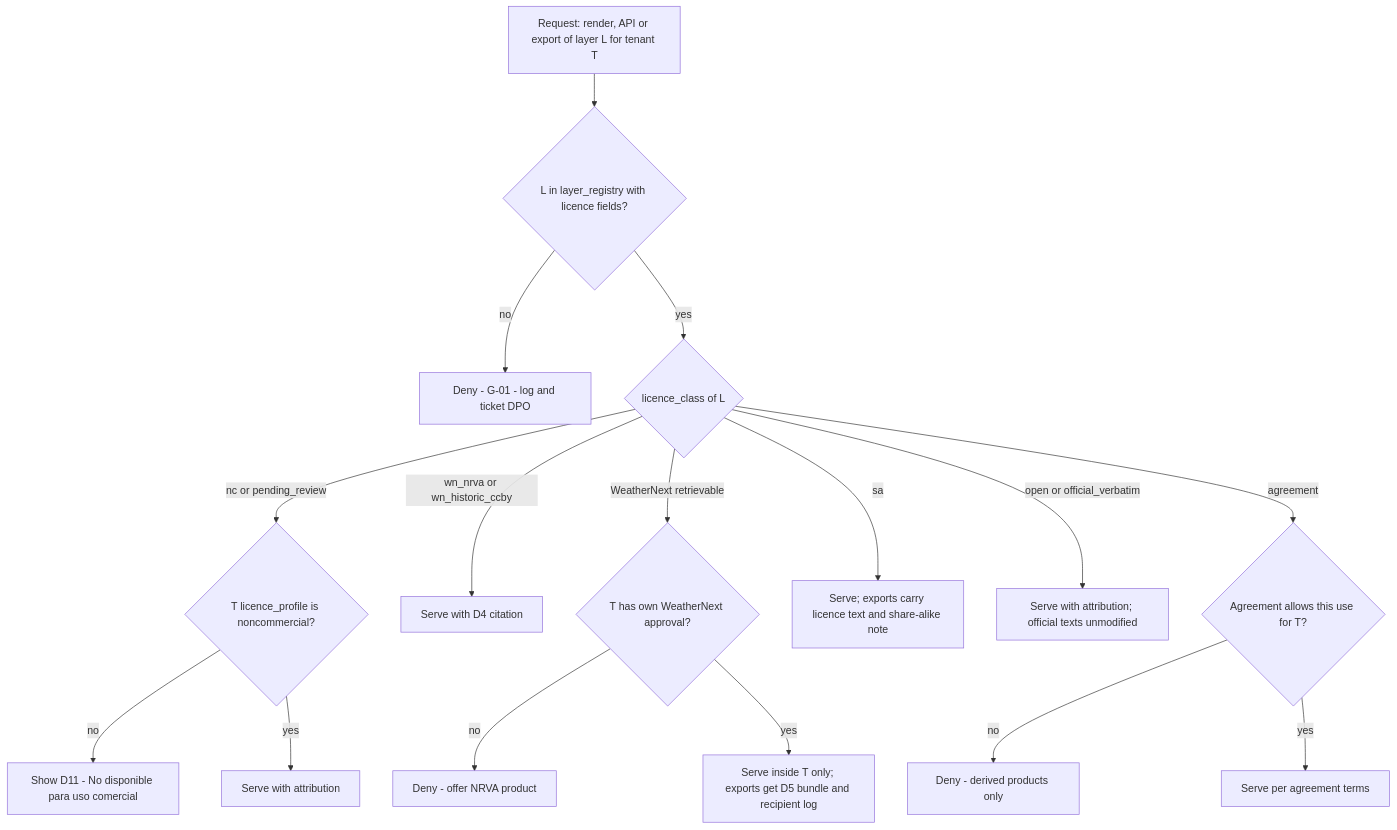
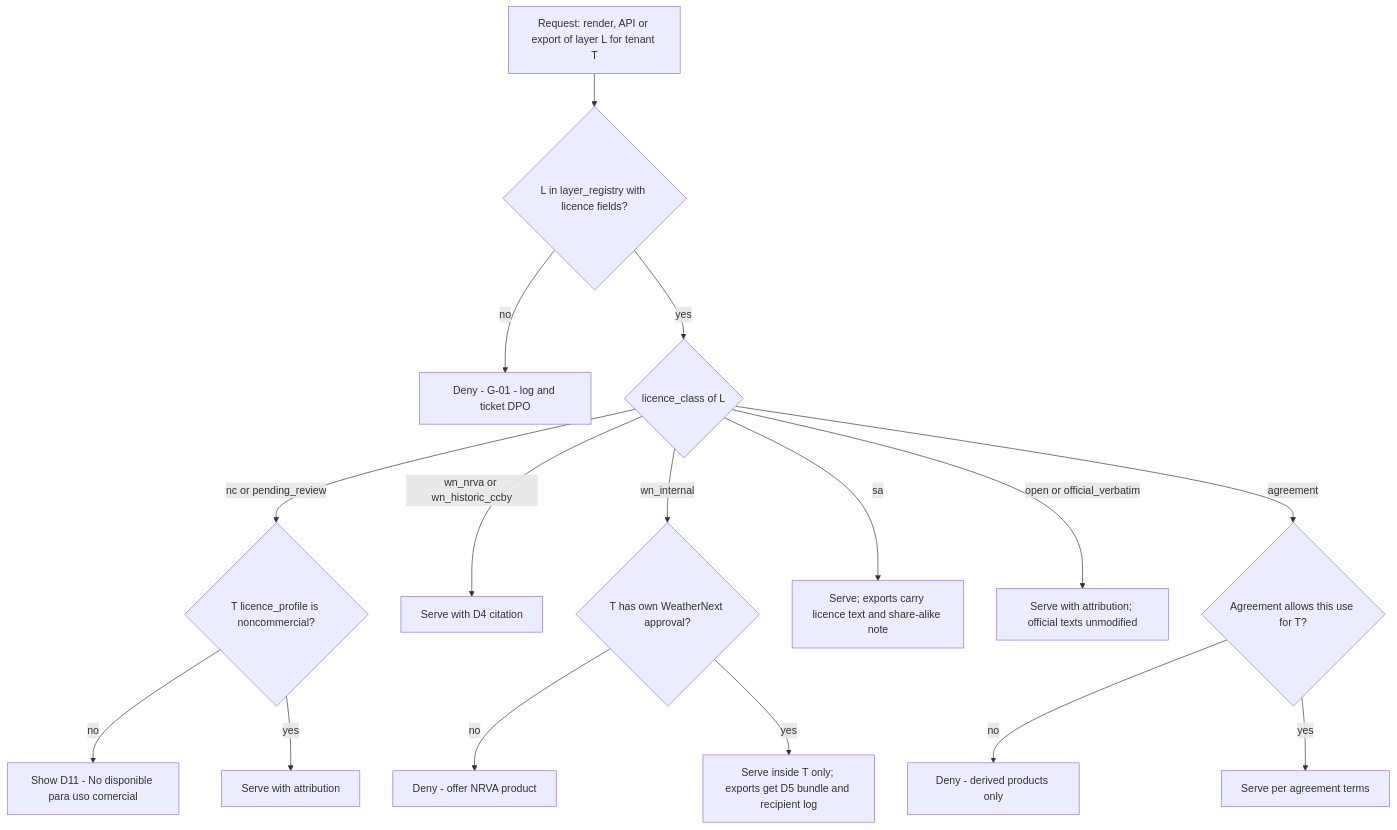
Before and after one commit to mcastroarroyo/weathernext: the second of 5 diagrams in docs/13-governance-legal-risk.md, drawn with Mermaid. The commit also changed other lines of this file, not shown here.

````diff
--- a/docs/13-governance-legal-risk.md
+++ b/docs/13-governance-legal-risk.md
@@ -624,18 +633,18 @@
 ```mermaid
 flowchart TB
   REQ["Request: render, API or export of layer L for tenant T"] --> REG{"L in layer_registry with licence fields?"}
   REG -->|"no"| DENY1["Deny - G-01 - log and ticket DPO"]
   REG -->|"yes"| CLS{"licence_class of L"}
   CLS -->|"nc or pending_review"| PROF{"T licence_profile is noncommercial?"}
   PROF -->|"no"| DENY2["Show D11 - No disponible para uso comercial"]
   PROF -->|"yes"| OK1["Serve with attribution"]
   CLS -->|"wn_nrva or wn_historic_ccby"| WN1["Serve with D4 citation"]
-  CLS -->|"WeatherNext retrievable"| WN2{"T has own WeatherNext approval?"}
+  CLS -->|"wn_internal"| WN2{"T has own WeatherNext approval?"}
   WN2 -->|"no"| DENY3["Deny - offer NRVA product"]
   WN2 -->|"yes"| WN3["Serve inside T only; exports get D5 bundle and recipient log"]
   CLS -->|"sa"| SA["Serve; exports carry licence text and share-alike note"]
   CLS -->|"open or official_verbatim"| OK2["Serve with attribution; official texts unmodified"]
   CLS -->|"agreement"| AGR{"Agreement allows this use for T?"}
   AGR -->|"no"| DENY4["Deny - derived products only"]
   AGR -->|"yes"| OK3["Serve per agreement terms"]
 ```
````
